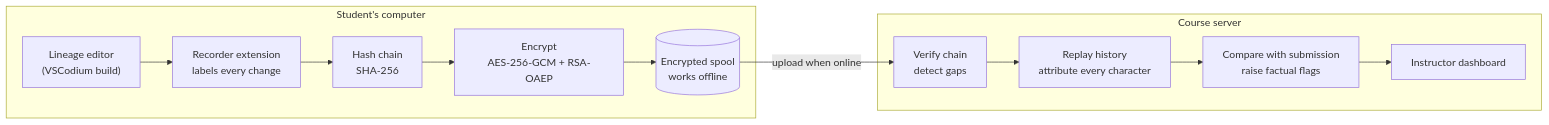
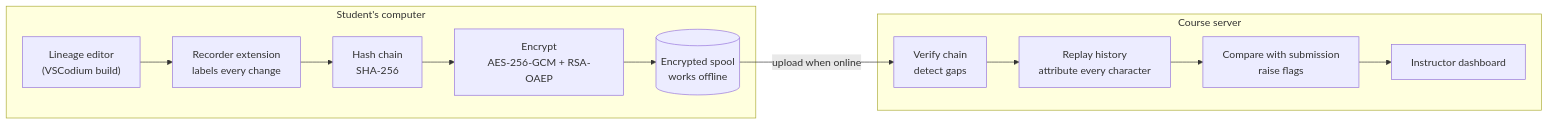
One commit to baileyarzate/Lineage changed the diagram in README.md. Above: the diagram before and after it, drawn with Mermaid. The commit also changed other lines of this file and 1 other file, not shown here.

````diff
--- a/README.md
+++ b/README.md
@@ -107,15 +107,15 @@
 ```mermaid
 flowchart LR
     subgraph Student["Student's computer"]
         E["Lineage editor<br/>(VSCodium build)"] --> R["Recorder extension<br/>labels every change"]
         R --> C["Hash chain<br/>SHA-256"]
         C --> X["Encrypt<br/>AES-256-GCM + RSA-OAEP"]
         X --> Q[("Encrypted spool<br/>works offline")]
     end
     subgraph Server["Course server"]
         V["Verify chain<br/>detect gaps"] --> P["Replay history<br/>attribute every character"]
-        P --> F["Compare with submission<br/>raise factual flags"]
+        P --> F["Compare with submission<br/>raise flags"]
         F --> D["Instructor dashboard"]
     end
     Q -- "upload when online" --> V
 ```
````
